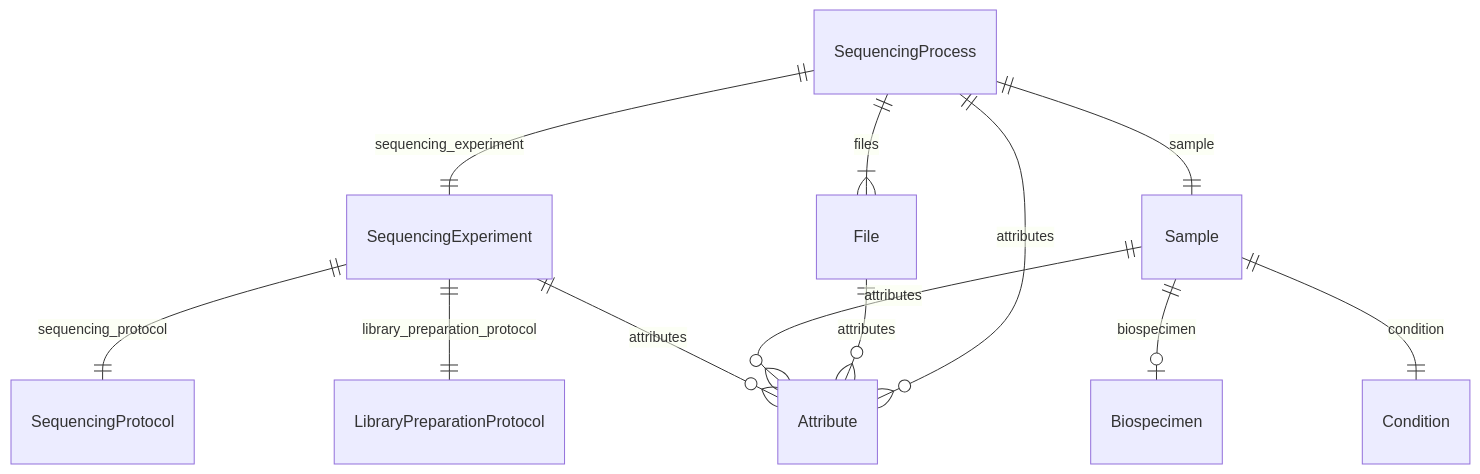
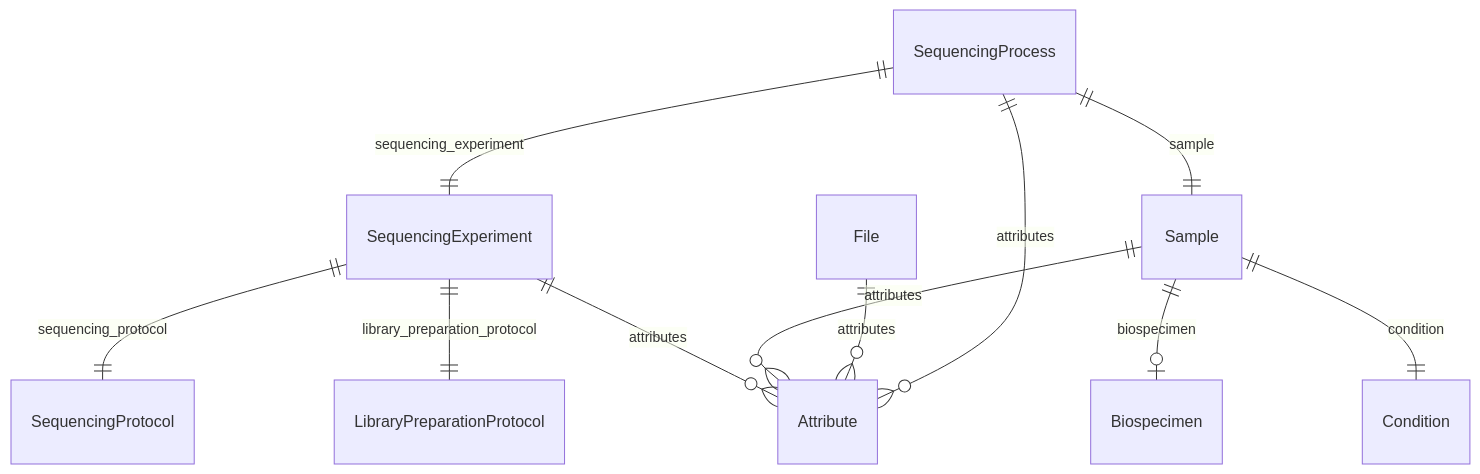
One commit to ghga-de/ghga-metadata-schema changed the third of 7 diagrams in docs/entity_relations.md. Above: the diagram before and after it, drawn with Mermaid. The commit also changed other lines of this file and 52 other files, not shown here.

````diff
--- a/docs/entity_relations.md
+++ b/docs/entity_relations.md
@@ -168,28 +204,27 @@
 ```mermaid
 erDiagram
 SequencingProcess {
 
 }
 File {
 
 }
 Sample {
 
 }
 SequencingExperiment {
 
 }
 
-SequencingProcess ||--}| File : "files"
 SequencingProcess ||--|| SequencingExperiment : "sequencing_experiment"
 SequencingProcess ||--|| Sample : "sample"
 SequencingProcess ||--}o Attribute : "attributes"
 File ||--}o Attribute : "attributes"
 Sample ||--|o Biospecimen : "biospecimen"
 Sample ||--|| Condition : "condition"
 Sample ||--}o Attribute : "attributes"
 SequencingExperiment ||--|| SequencingProtocol : "sequencing_protocol"
 SequencingExperiment ||--|| LibraryPreparationProtocol : "library_preparation_protocol"
 SequencingExperiment ||--}o Attribute : "attributes"
 
 ```
````
